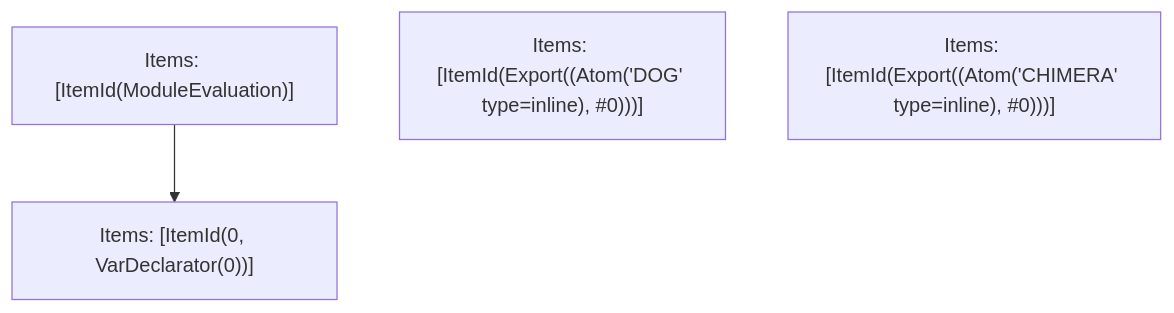
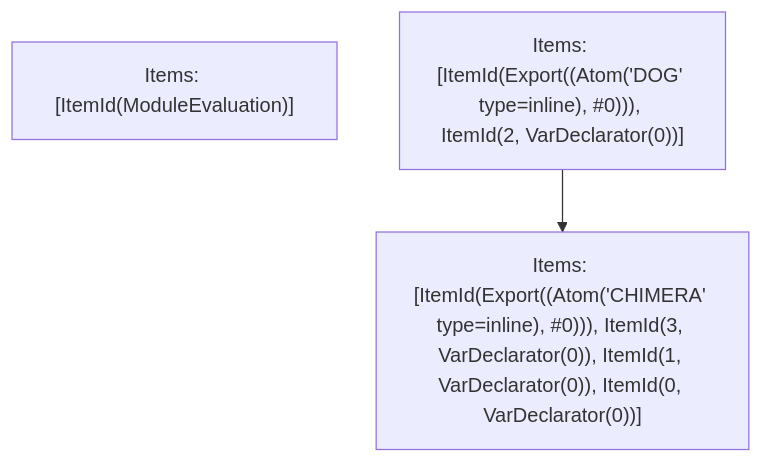
One commit to vercel/turborepo changed the fifth of 5 diagrams in crates/turbopack-ecmascript/tests/tree-shaker/analyzer/simple/output.md. Above: the diagram before and after it, drawn with Mermaid. The commit also changed other lines of this file and 3 other files, not shown here.

````diff
--- a/crates/turbopack-ecmascript/tests/tree-shaker/analyzer/simple/output.md
+++ b/crates/turbopack-ecmascript/tests/tree-shaker/analyzer/simple/output.md
@@ -124,8 +120,7 @@
 ```mermaid
 graph TD
     N0["Items: [ItemId(ModuleEvaluation)]"];
-    N1["Items: [ItemId(Export((Atom('DOG' type=inline), #0)))]"];
-    N2["Items: [ItemId(Export((Atom('CHIMERA' type=inline), #0)))]"];
-    N3["Items: [ItemId(0, VarDeclarator(0))]"];
-    N0 --> N3;
+    N1["Items: [ItemId(Export((Atom('DOG' type=inline), #0))), ItemId(2, VarDeclarator(0))]"];
+    N2["Items: [ItemId(Export((Atom('CHIMERA' type=inline), #0))), ItemId(3, VarDeclarator(0)), ItemId(1, VarDeclarator(0)), ItemId(0, VarDeclarator(0))]"];
+    N1 --> N2;
 ```
````
